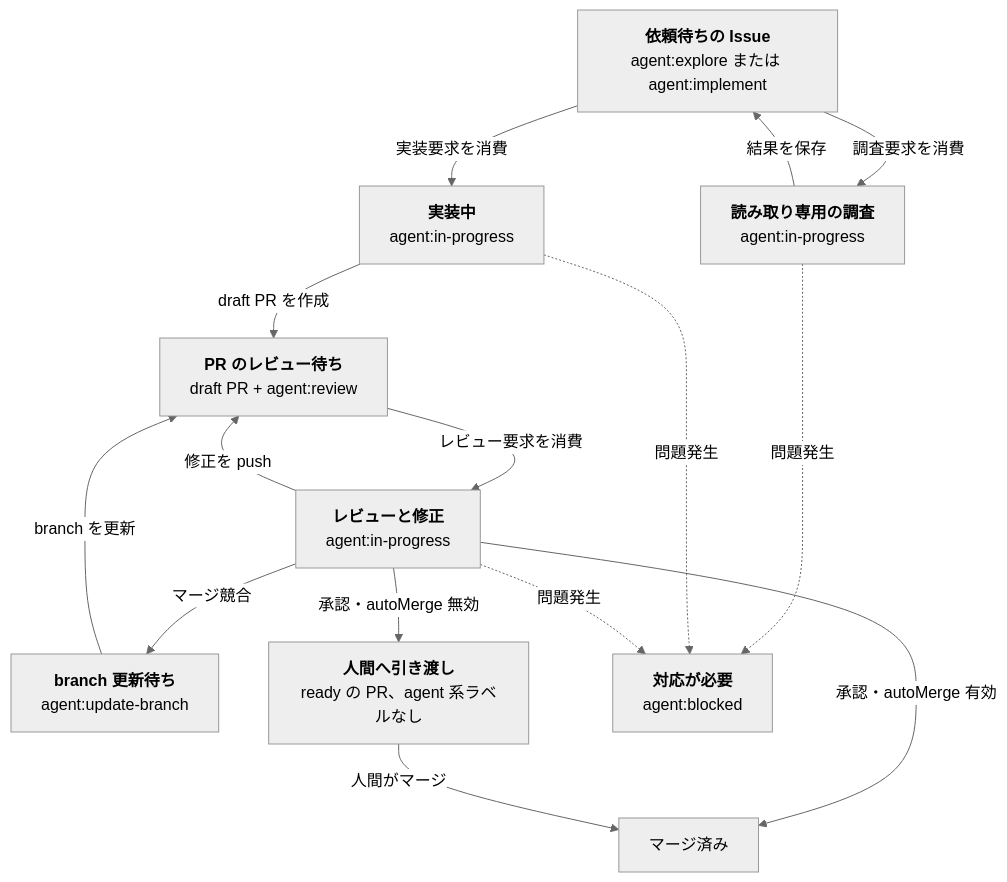
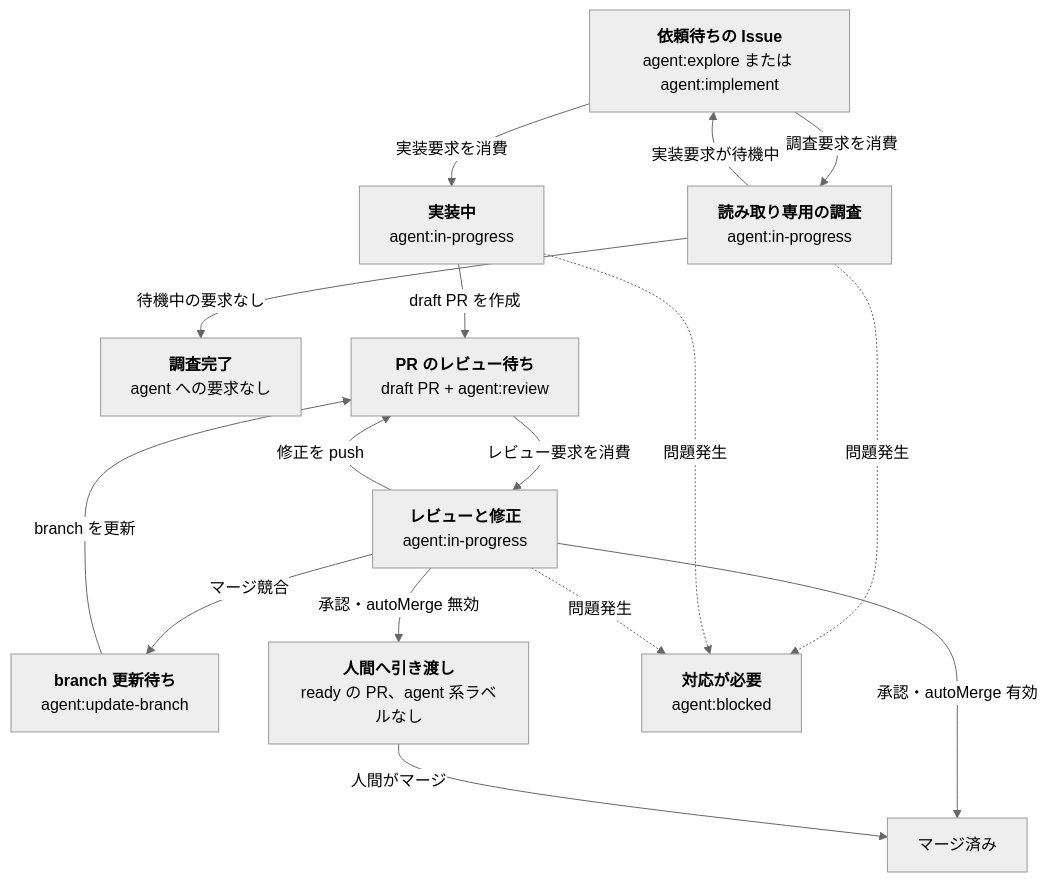
One commit to yasuhito/deadloop changed the diagram in README.ja.md. Above: the diagram before and after it, drawn with Mermaid (neutral theme). The commit also changed 13 other files, not shown here.

````diff
--- a/README.ja.md
+++ b/README.ja.md
@@ -52,35 +52,38 @@
 ```mermaid
 flowchart TD
     I["`**依頼待ちの Issue**
     agent:explore または agent:implement`"]
     E["`**読み取り専用の調査**
     agent:in-progress`"]
+    X["`**調査完了**
+    agent への要求なし`"]
     W["`**実装中**
     agent:in-progress`"]
     R["`**PR のレビュー待ち**
     draft PR + agent:review`"]
     V["`**レビューと修正**
     agent:in-progress`"]
     U["`**branch 更新待ち**
     agent:update-branch`"]
     H["`**人間へ引き渡し**
     ready の PR、agent 系ラベルなし`"]
     M["マージ済み"]
     B["`**対応が必要**
     agent:blocked`"]
 
     I -->|調査要求を消費| E
-    E -->|結果を保存| I
+    E -->|実装要求が待機中| I
+    E -->|待機中の要求なし| X
     E -. 問題発生 .-> B
     I -->|実装要求を消費| W
     W -->|draft PR を作成| R
     R -->|レビュー要求を消費| V
     V -->|修正を push| R
     V -->|マージ競合| U
     U -->|branch を更新| R
     V -->|承認・autoMerge 無効| H
     V -->|承認・autoMerge 有効| M
     H -->|人間がマージ| M
     W -. 問題発生 .-> B
     V -. 問題発生 .-> B
 ```
````
